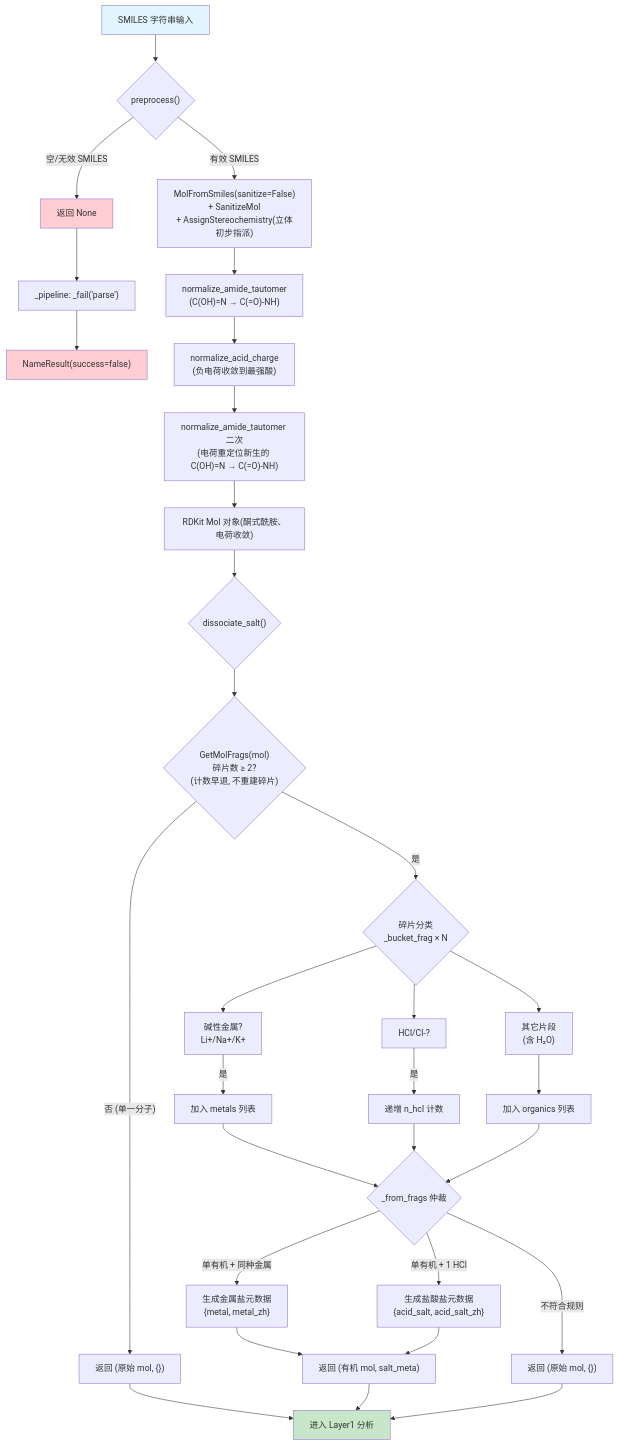
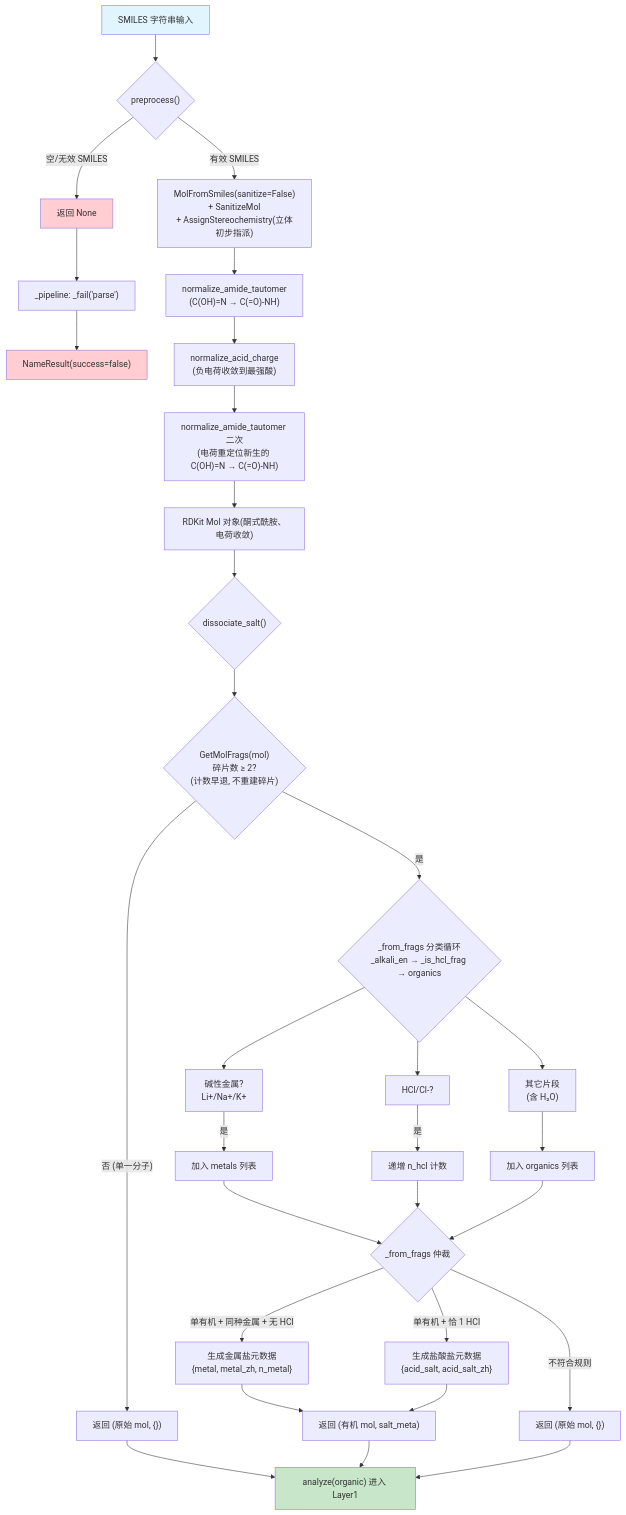
Before and after one commit to zouxiaofei1/OpenSMILES: the first of 2 diagrams in docs/wiki/architecture/layer0-preprocessor.md, drawn with Mermaid. The commit also changed other lines of this file and 20 other files, not shown here.

````diff
--- a/docs/wiki/architecture/layer0-preprocessor.md
+++ b/docs/wiki/architecture/layer0-preprocessor.md
@@ -203,46 +224,46 @@
 ```mermaid
 flowchart TD
     A["SMILES 字符串输入"] --> B{"preprocess()"}
     B -->|"空/无效 SMILES"| C["返回 None"]
     C --> D["_pipeline: _fail('parse')"]
     D --> E["NameResult(success=false)"]
 
     B -->|"有效 SMILES"| P2["MolFromSmiles(sanitize=False)<br/>+ SanitizeMol<br/>+ AssignStereochemistry(立体初步指派)"]
     P2 --> P3["normalize_amide_tautomer<br/>(C(OH)=N → C(=O)-NH)"]
     P3 --> P3b["normalize_acid_charge<br/>(负电荷收敛到最强酸)"]
     P3b --> P3c["normalize_amide_tautomer 二次<br/>(电荷重定位新生的 C(OH)=N → C(=O)-NH)"]
     P3c --> F["RDKit Mol 对象(酮式酰胺、电荷收敛)"]
     F --> G{"dissociate_salt()"}
     G --> H{"GetMolFrags(mol)<br/>碎片数 ≥ 2?<br/>(计数早退, 不重建碎片)"}
 
     H -->|"否 (单一分子)"| I["返回 (原始 mol, {})"]
-    I --> J["进入 Layer1 分析"]
+    I --> J["analyze(organic) 进入 Layer1"]
 
-    H -->|"是"| K{"碎片分类\n_bucket_frag × N"}
+    H -->|"是"| K{"_from_frags 分类循环<br/>_alkali_en → _is_hcl_frag → organics"}
 
-    K --> L["碱性金属?\nLi+/Na+/K+"]
+    K --> L["碱性金属?<br/>Li+/Na+/K+"]
     K --> M["HCl/Cl-?"]
-    K --> O["其它片段\n(含 H₂O)"]
+    K --> O["其它片段<br/>(含 H₂O)"]
 
     L -->|"是"| P["加入 metals 列表"]
     M -->|"是"| Q["递增 n_hcl 计数"]
     O --> R2["加入 organics 列表"]
 
     P --> S{"_from_frags 仲裁"}
     Q --> S
     R2 --> S
 
-    S -->|"单有机 + 同种金属"| T["生成金属盐元数据\n{metal, metal_zh}"]
-    S -->|"单有机 + 1 HCl"| U["生成盐酸盐元数据\n{acid_salt, acid_salt_zh}"]
+    S -->|"单有机 + 同种金属 + 无 HCl"| T["生成金属盐元数据<br/>{metal, metal_zh, n_metal}"]
+    S -->|"单有机 + 恰 1 HCl"| U["生成盐酸盐元数据<br/>{acid_salt, acid_salt_zh}"]
     S -->|"不符合规则"| V["返回 (原始 mol, {})"]
 
     T --> W["返回 (有机 mol, salt_meta)"]
     U --> W
     W --> J
     V --> J
 
     style A fill:#e1f5fe
     style E fill:#ffcdd2
     style J fill:#c8e6c9
     style C fill:#ffcdd2
 ```
````
